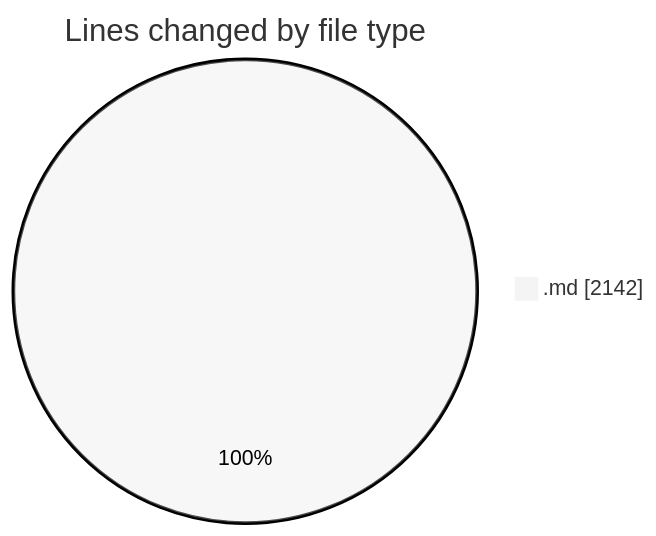
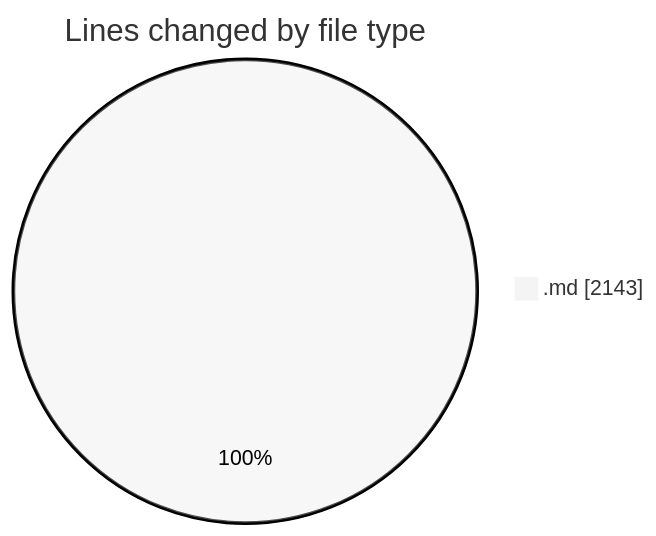
One commit to Ritupan-Deka/code-tracking changed the first of 2 diagrams in 2025-07-09/urlwebwala_intership_work/README.md. Above: the diagram before and after it, drawn with Mermaid (neutral theme). The commit also changed other lines of this file and 1 other file, not shown here.

````diff
--- a/2025-07-09/urlwebwala_intership_work/README.md
+++ b/2025-07-09/urlwebwala_intership_work/README.md
@@ -20,5 +20,5 @@
 ```mermaid
 pie showData
 title Lines changed by file type
-".md" : 2142
+".md" : 2143
 ```
````
